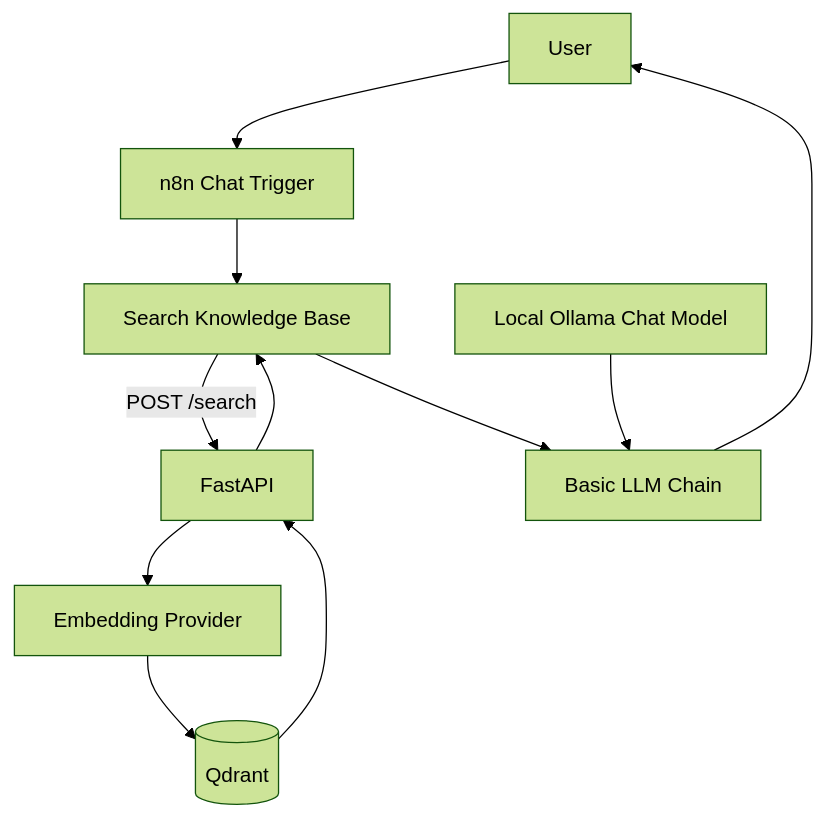
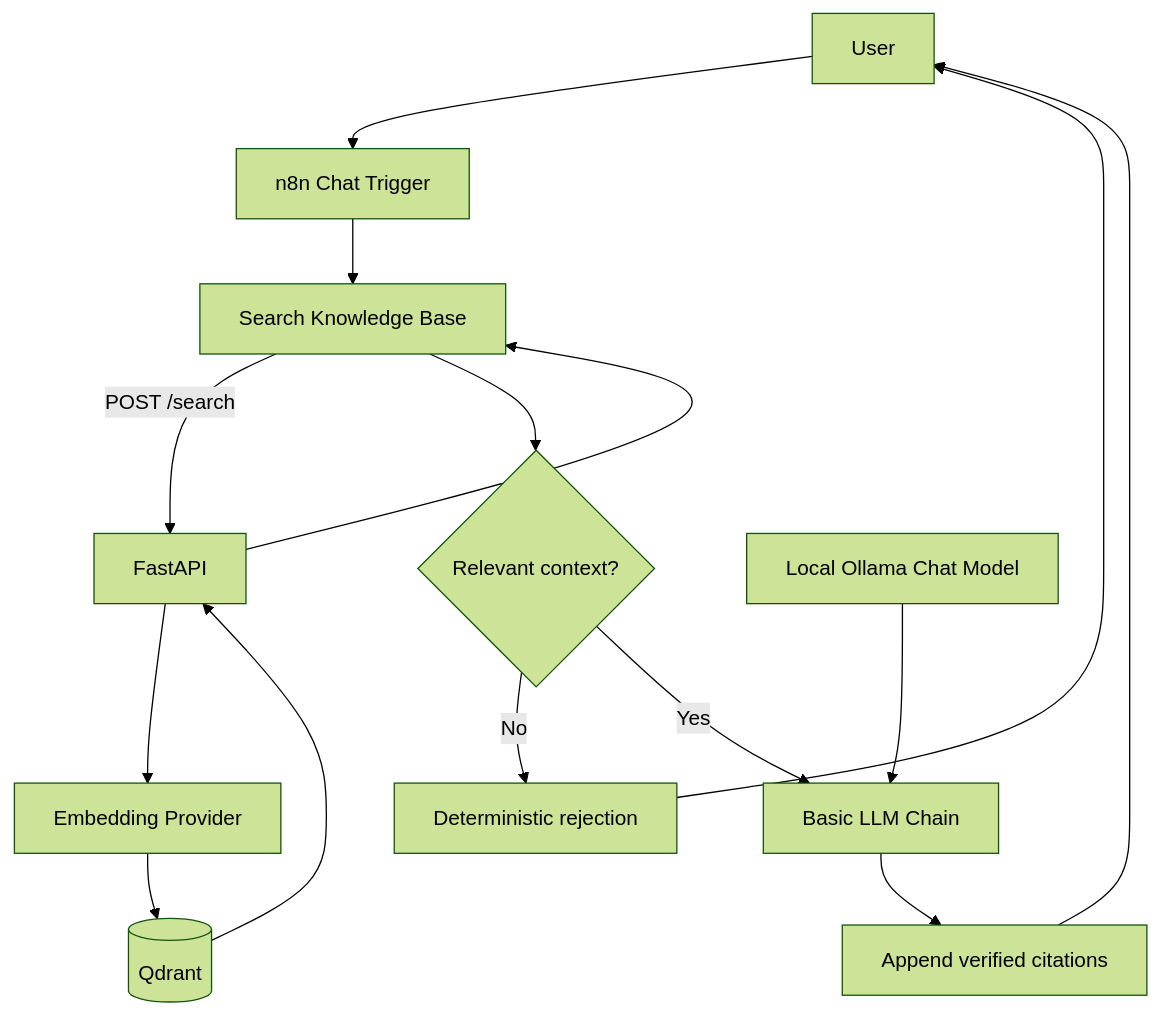
Before and after one commit to XzoSisT/docuagent-rag-n8n: the diagram in README.md, drawn with Mermaid (forest theme). The commit also changed other lines of this file and 15 other files, not shown here.

````diff
--- a/README.md
+++ b/README.md
@@ -13,13 +13,17 @@
 ```mermaid
 flowchart TD
     U[User] --> CT[n8n Chat Trigger]
     CT --> HTTP[Search Knowledge Base]
     HTTP -->|POST /search| API[FastAPI]
     API --> E[Embedding Provider]
     E --> Q[(Qdrant)]
     Q --> API
     API --> HTTP
-    HTTP --> C[Basic LLM Chain]
+    HTTP --> G{Relevant context?}
+    G -->|No| R[Deterministic rejection]
+    G -->|Yes| C[Basic LLM Chain]
     CM[Local Ollama Chat Model] --> C
-    C --> U
+    C --> S[Append verified citations]
+    R --> U
+    S --> U
 ```
````
